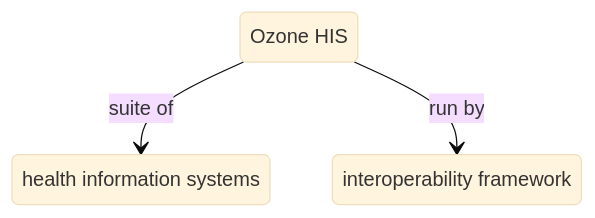
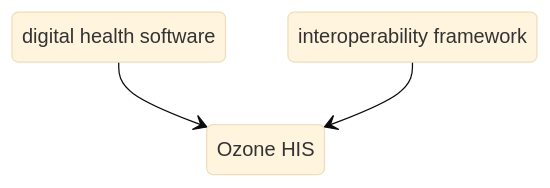
One commit to ozone-his/ozone-docs changed the diagram in docs/users/overview.md. Above: the diagram before and after it, drawn with Mermaid (base theme). The commit also changed other lines of this file and 14 other files, not shown here.

Commit message:
OZ-356: Expanded users guides with data flows.

````diff
--- a/docs/users/overview.md
+++ b/docs/users/overview.md
@@ -6,9 +7,9 @@
 ``` mermaid
 stateDiagram-v2
     state "Ozone HIS" as ozone
+    state "digital health software" as state1
     state "interoperability framework" as state2
-    state "health information systems" as state1
 
-    ozone --> state1: suite of
-    ozone --> state2: run by
+    state1 --> ozone
+    state2 --> ozone
 ```
````
